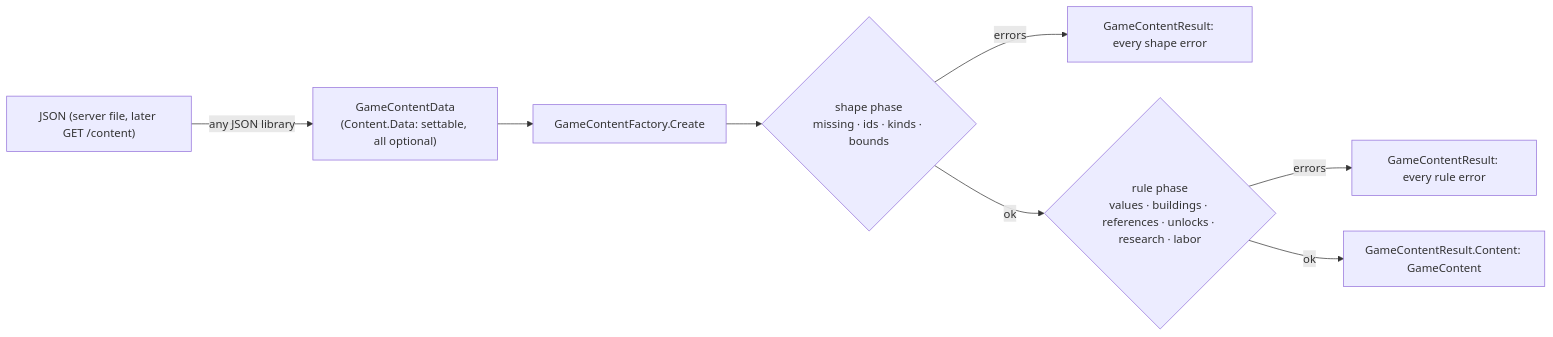
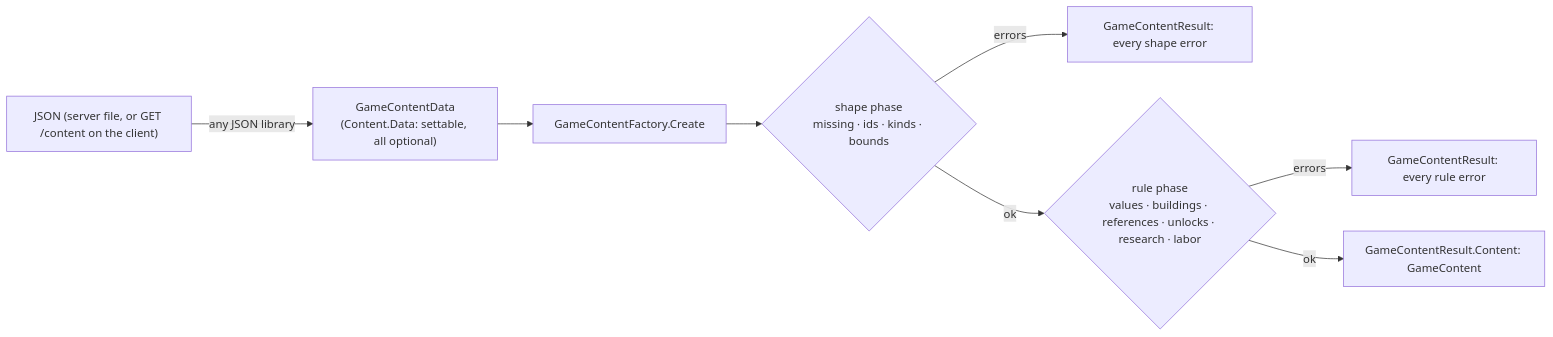
The second of 4 diagrams in docs/modules/CityBuilder.Simulation.md (Samurai-netizen/citybuild), drawn with Mermaid before and after one commit. The commit also changed other lines of this file and 53 other files, not shown here.

````diff
--- a/docs/modules/CityBuilder.Simulation.md
+++ b/docs/modules/CityBuilder.Simulation.md
@@ -35,10 +35,10 @@
 ```mermaid
 flowchart LR
-  J["JSON (server file, later GET /content)"] -->|"any JSON library"| D["GameContentData<br/>(Content.Data: settable, all optional)"]
+  J["JSON (server file, or GET /content on the client)"] -->|"any JSON library"| D["GameContentData<br/>(Content.Data: settable, all optional)"]
   D --> F["GameContentFactory.Create"]
   F --> SH{"shape phase<br/>missing · ids · kinds · bounds"}
   SH -- errors --> R1["GameContentResult: every shape error"]
   SH -- ok --> RU{"rule phase<br/>values · buildings · references · unlocks · research · labor"}
   RU -- errors --> R2["GameContentResult: every rule error"]
   RU -- ok --> G["GameContentResult.Content: GameContent"]
 ```
````
